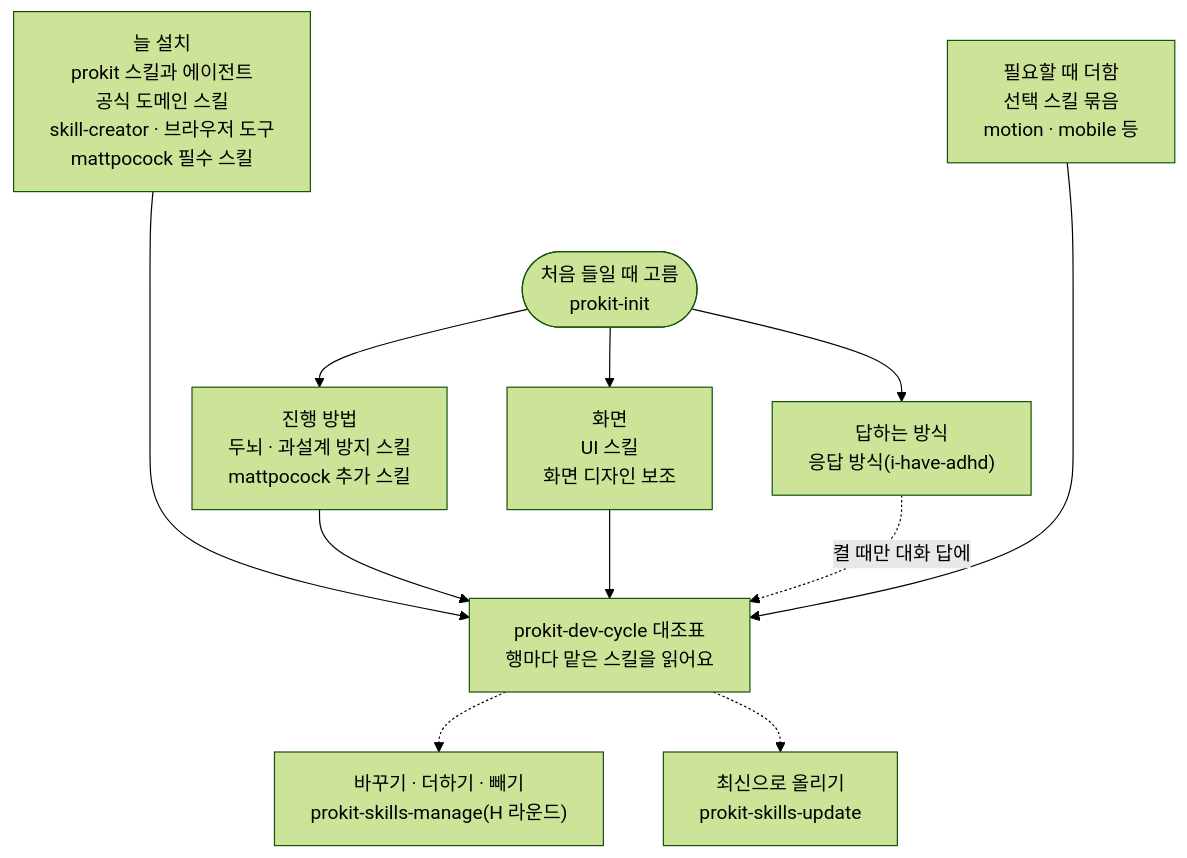
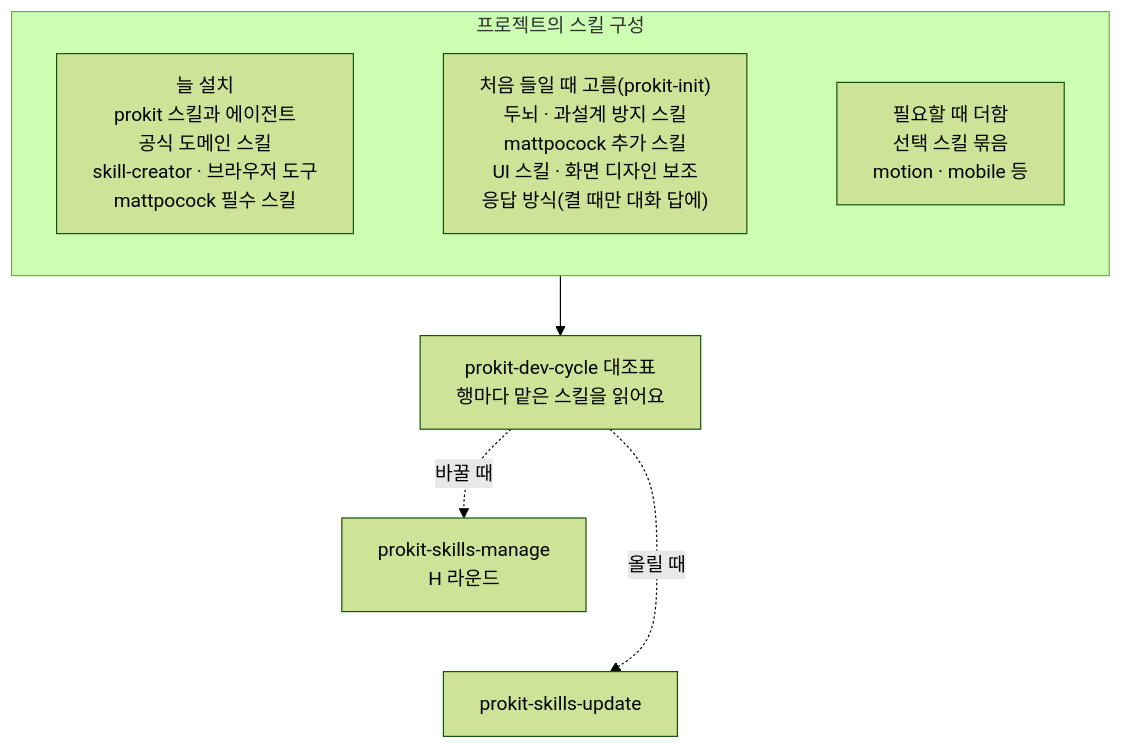
The first of 4 diagrams in handbook/skills/brains.md (roadkwon-ai/pro-kit), drawn with Mermaid (forest theme) before and after one commit. The commit also changed other lines of this file and 3 other files, not shown here.

````diff
--- a/handbook/skills/brains.md
+++ b/handbook/skills/brains.md
@@ -64,23 +64,20 @@
 ```mermaid
 ---
 config:
   flowchart:
-    wrappingWidth: 240
+    wrappingWidth: 200
 ---
 flowchart TB
-  A["늘 설치<br/>prokit 스킬과 에이전트<br/>공식 도메인 스킬<br/>skill-creator · 브라우저 도구<br/>mattpocock 필수 스킬"]
-  P(["처음 들일 때 고름<br/>prokit-init"])
-  P --> P1["진행 방법<br/>두뇌 · 과설계 방지 스킬<br/>mattpocock 추가 스킬"]
-  P --> P2["화면<br/>UI 스킬<br/>화면 디자인 보조"]
-  P --> P3["답하는 방식<br/>응답 방식(i-have-adhd)"]
-  O["필요할 때 더함<br/>선택 스킬 묶음<br/>motion · mobile 등"]
-  A ~~~ P
-  O ~~~ P
-  A --> DC["prokit-dev-cycle 대조표<br/>행마다 맡은 스킬을 읽어요"]
-  P1 --> DC
-  P2 --> DC
-  P3 -.->|"켤 때만 대화 답에"| DC
-  O --> DC
-  DC -.-> CH["바꾸기 · 더하기 · 빼기<br/>prokit-skills-manage(H 라운드)"]
-  DC -.-> UP["최신으로 올리기<br/>prokit-skills-update"]
+  accTitle: 스킬 구성 전체 지도
+  accDescr: 늘 설치하는 것, 처음 들일 때 고르는 것, 필요할 때 더하는 것이 모두 prokit-dev-cycle 대조표로 이어져요. 대조표에서 바꿀 때는 prokit-skills-manage, 올릴 때는 prokit-skills-update로 가요.
+  subgraph K["프로젝트의 스킬 구성"]
+    A["늘 설치<br/>prokit 스킬과 에이전트<br/>공식 도메인 스킬<br/>skill-creator · 브라우저 도구<br/>mattpocock 필수 스킬"]
+    P["처음 들일 때 고름(prokit-init)<br/>두뇌 · 과설계 방지 스킬<br/>mattpocock 추가 스킬<br/>UI 스킬 · 화면 디자인 보조<br/>응답 방식(켤 때만 대화 답에)"]
+    O["필요할 때 더함<br/>선택 스킬 묶음<br/>motion · mobile 등"]
+    A ~~~ P ~~~ O
+  end
+  K --> DC["prokit-dev-cycle 대조표<br/>행마다 맡은 스킬을 읽어요"]
+  DC -.->|"바꿀 때"| CH["prokit-skills-manage<br/>H 라운드"]
+  CH ~~~ UP
+  DC -.->|"올릴 때"| UP["prokit-skills-update"]
 ```
````
